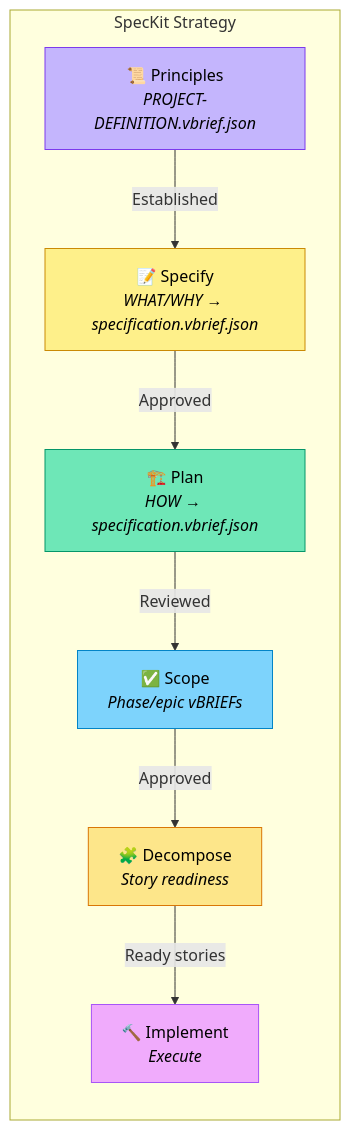
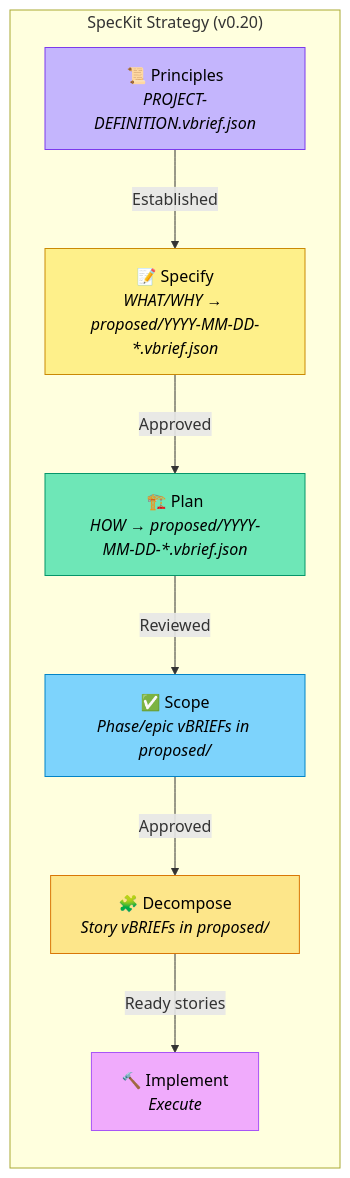
One commit to dbcall2/directive changed the diagram in strategies/speckit.md. Above: the diagram before and after it, drawn with Mermaid. The commit also changed other lines of this file and 6 other files, not shown here.

````diff
--- a/strategies/speckit.md
+++ b/strategies/speckit.md
@@ -19,24 +21,24 @@
 ```mermaid
 flowchart LR
-    subgraph speckit ["SpecKit Strategy"]
+    subgraph speckit ["SpecKit Strategy (v0.20)"]
         P["📜 Principles<br/><i>PROJECT-DEFINITION.vbrief.json</i>"]
-        S["📝 Specify<br/><i>WHAT/WHY → specification.vbrief.json</i>"]
-        PL["🏗️ Plan<br/><i>HOW → specification.vbrief.json</i>"]
-        T["✅ Scope<br/><i>Phase/epic vBRIEFs</i>"]
-        D["🧩 Decompose<br/><i>Story readiness</i>"]
+        S["📝 Specify<br/><i>WHAT/WHY → proposed/YYYY-MM-DD-*.vbrief.json</i>"]
+        PL["🏗️ Plan<br/><i>HOW → proposed/YYYY-MM-DD-*.vbrief.json</i>"]
+        T["✅ Scope<br/><i>Phase/epic vBRIEFs in proposed/</i>"]
+        D["🧩 Decompose<br/><i>Story vBRIEFs in proposed/</i>"]
         I["🔨 Implement<br/><i>Execute</i>"]
     end
 
     P -->|"Established"| S
     S -->|"Approved"| PL
     PL -->|"Reviewed"| T
     T -->|"Approved"| D
     D -->|"Ready stories"| I
 
     style P fill:#c4b5fd,stroke:#7c3aed,color:#000
     style S fill:#fef08a,stroke:#ca8a04,color:#000
     style PL fill:#6ee7b7,stroke:#059669,color:#000
     style T fill:#7dd3fc,stroke:#0284c7,color:#000
     style D fill:#fde68a,stroke:#d97706,color:#000
     style I fill:#f0abfc,stroke:#a855f7,color:#000
 ```
````
